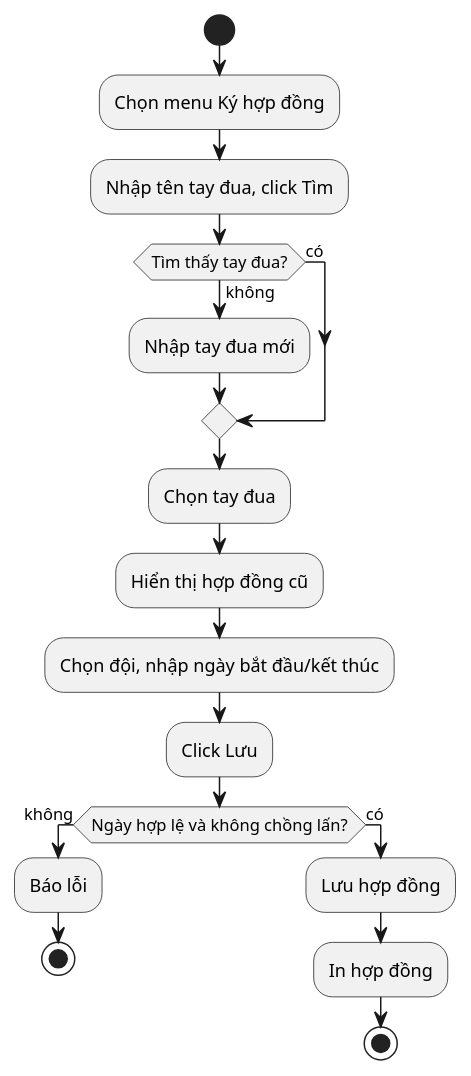
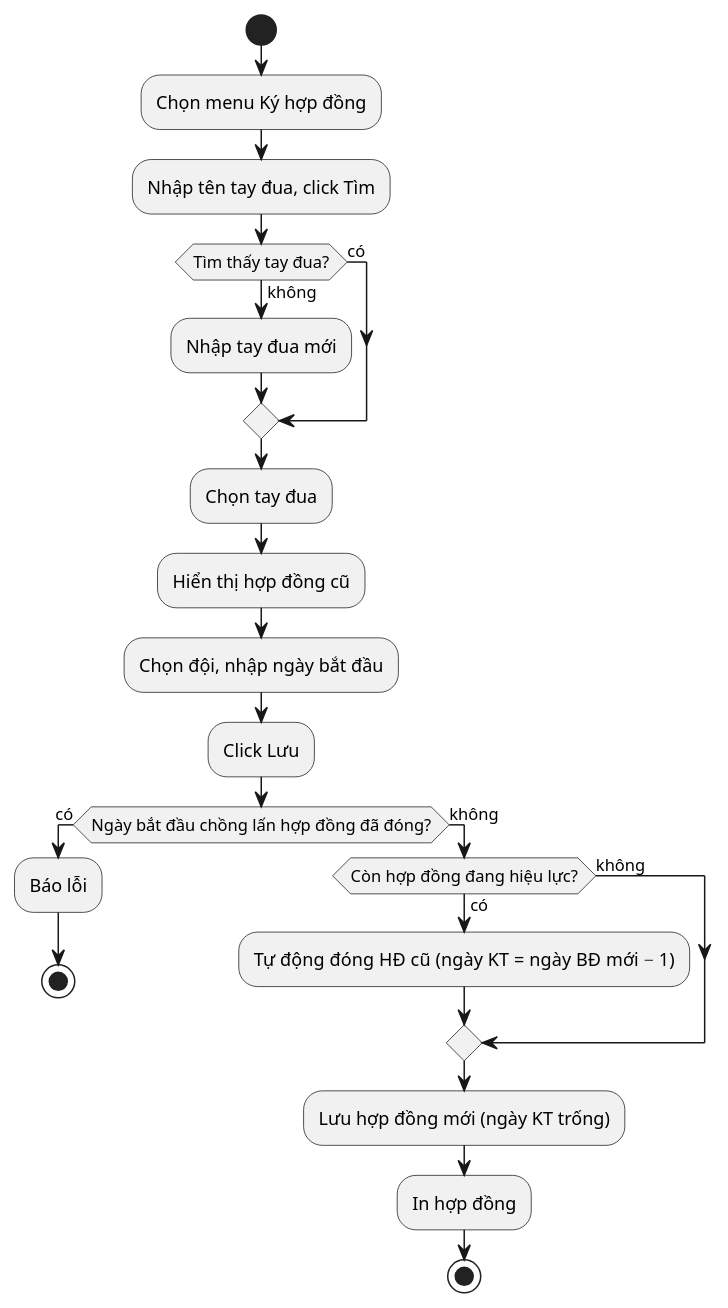
The second of 5 diagrams in Module 1 - Quan/noi-dung.md (7gho/CNPM-He2026), drawn with PlantUML before and after one commit. The commit also changed other lines of this file and 9 other files, not shown here.

````diff
--- a/Module 1 - Quan/noi-dung.md
+++ b/Module 1 - Quan/noi-dung.md
@@ -61,23 +61,27 @@
 ```plantuml
 @startuml
 start
 :Chọn menu Ký hợp đồng;
 :Nhập tên tay đua, click Tìm;
 if (Tìm thấy tay đua?) then (không)
   :Nhập tay đua mới;
 else (có)
 endif
 :Chọn tay đua;
 :Hiển thị hợp đồng cũ;
-:Chọn đội, nhập ngày bắt đầu/kết thúc;
+:Chọn đội, nhập ngày bắt đầu;
 :Click Lưu;
-if (Ngày hợp lệ và không chồng lấn?) then (không)
+if (Ngày bắt đầu chồng lấn hợp đồng đã đóng?) then (có)
   :Báo lỗi;
   stop
-else (có)
-  :Lưu hợp đồng;
+else (không)
+  if (Còn hợp đồng đang hiệu lực?) then (có)
+    :Tự động đóng HĐ cũ (ngày KT = ngày BĐ mới − 1);
+  else (không)
+  endif
+  :Lưu hợp đồng mới (ngày KT trống);
   :In hợp đồng;
   stop
 endif
 @enduml
 ```
````
